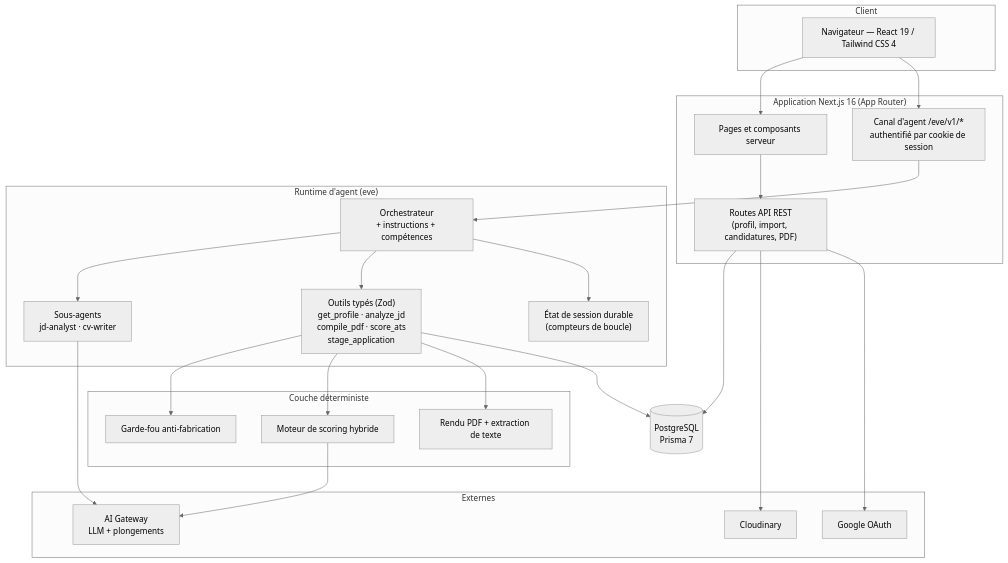
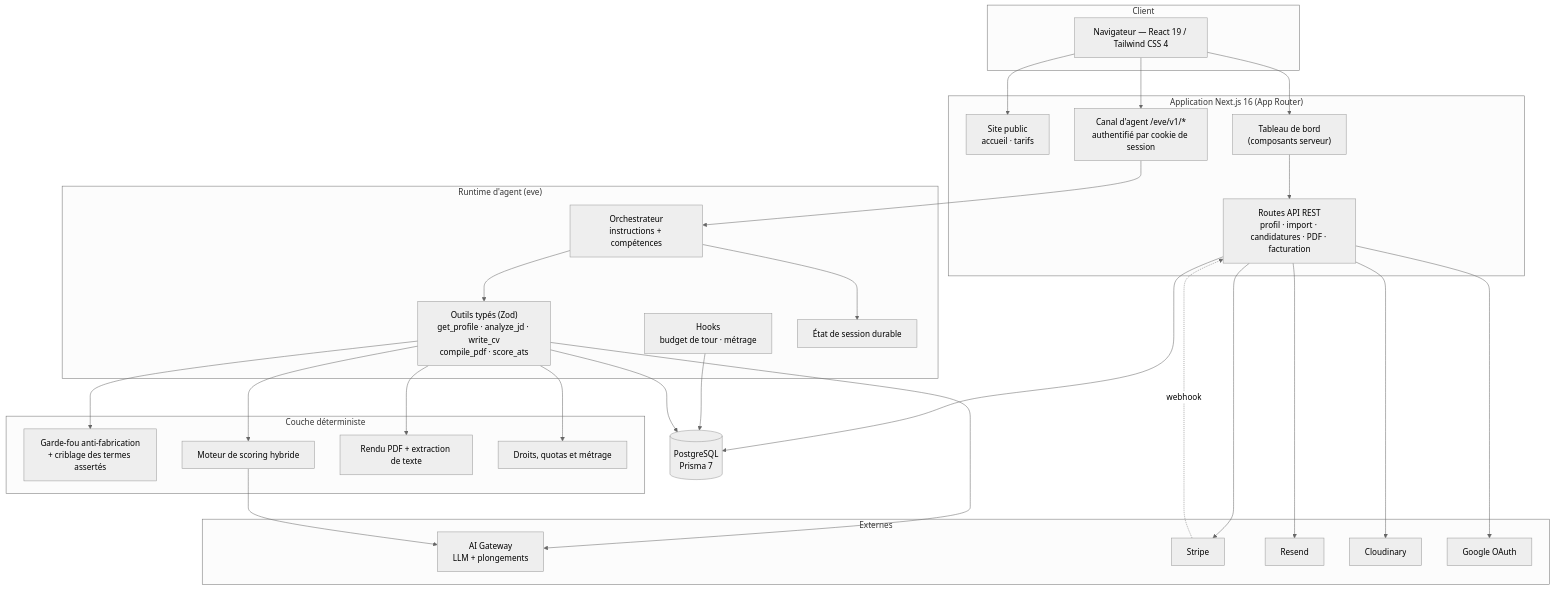
The seventh of 9 diagrams in docs/memoire-pfe.md (YounessHassoune/cv-agent), drawn with Mermaid (neutral theme) before and after one commit. The commit also changed other lines of this file and 23 other files, not shown here.

````diff
--- a/docs/memoire-pfe.md
+++ b/docs/memoire-pfe.md
@@ -476,42 +634,51 @@
 ```mermaid
 graph TB
     subgraph Client
       B["Navigateur — React 19 / Tailwind CSS 4"]
     end
     subgraph "Application Next.js 16 (App Router)"
-      P["Pages et composants serveur"]
-      API["Routes API REST<br/>(profil, import, candidatures, PDF)"]
+      MKT["Site public<br/>accueil · tarifs"]
+      P["Tableau de bord<br/>(composants serveur)"]
+      API["Routes API REST<br/>profil · import · candidatures · PDF · facturation"]
       CH["Canal d'agent /eve/v1/*<br/>authentifié par cookie de session"]
     end
     subgraph "Runtime d'agent (eve)"
-      ORCH["Orchestrateur<br/>+ instructions + compétences"]
-      SUB["Sous-agents<br/>jd-analyst · cv-writer"]
-      TOOLS["Outils typés (Zod)<br/>get_profile · analyze_jd<br/>compile_pdf · score_ats<br/>stage_application"]
-      ST["État de session durable<br/>(compteurs de boucle)"]
+      ORCH["Orchestrateur<br/>instructions + compétences"]
+      TOOLS["Outils typés (Zod)<br/>get_profile · analyze_jd · write_cv<br/>compile_pdf · score_ats"]
+      HOOKS["Hooks<br/>budget de tour · métrage"]
+      ST["État de session durable"]
     end
     subgraph "Couche déterministe"
-      GUARD["Garde-fou anti-fabrication"]
+      GUARD["Garde-fou anti-fabrication<br/>+ criblage des termes assertés"]
       ATS["Moteur de scoring hybride"]
       PDF["Rendu PDF + extraction de texte"]
+      BILL["Droits, quotas et métrage"]
     end
     subgraph Externes
       GW["AI Gateway<br/>LLM + plongements"]
+      STR["Stripe"]
+      RES["Resend"]
       CLD["Cloudinary"]
       GOO["Google OAuth"]
     end
     DB[("PostgreSQL<br/>Prisma 7")]
 
+    B --> MKT
     B --> P --> API --> DB
     B --> CH --> ORCH
-    ORCH --> SUB
     ORCH --> TOOLS
+    ORCH --> ST
+    HOOKS --> DB
     TOOLS --> GUARD
     TOOLS --> ATS
     TOOLS --> PDF
+    TOOLS --> BILL
     TOOLS --> DB
-    ORCH --> ST
-    SUB --> GW
+    TOOLS --> GW
     ATS --> GW
+    API --> STR
+    API --> RES
     API --> CLD
     API --> GOO
+    STR -.webhook.-> API
 ```
````
